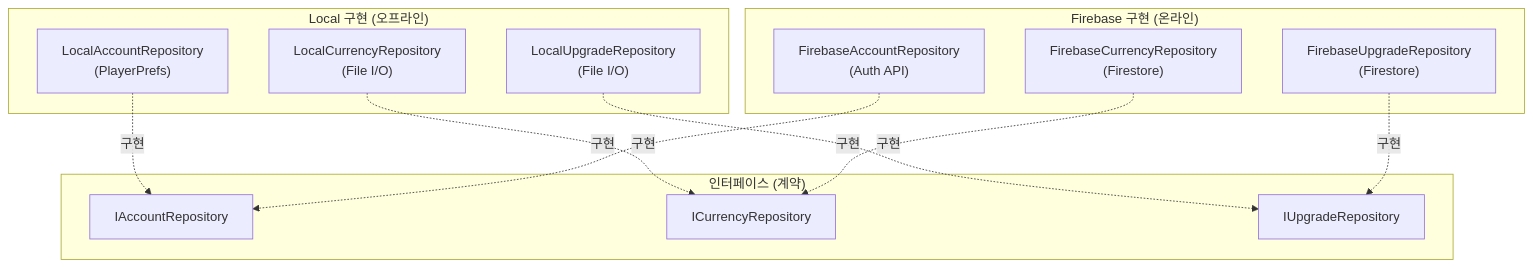
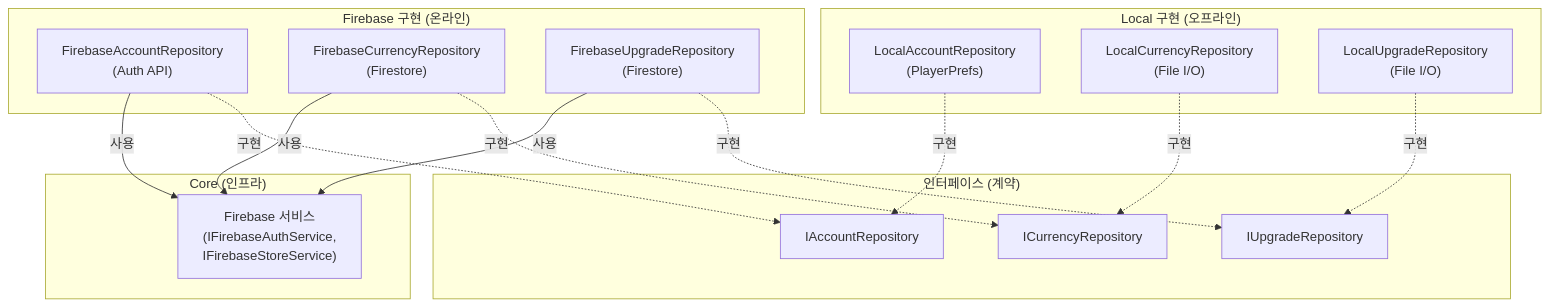
One commit to ctmanjak/tree_clicker_3d changed the second of 6 diagrams in Docs/architecture/README-simple.md. Above: the diagram before and after it, drawn with Mermaid. The commit also changed other lines of this file and 40 other files, not shown here.

````diff
--- a/Docs/architecture/README-simple.md
+++ b/Docs/architecture/README-simple.md
@@ -86,28 +114,36 @@
 ```mermaid
 graph TB
     subgraph "인터페이스 (계약)"
         IAccountRepo["IAccountRepository"]
         ICurrencyRepo["ICurrencyRepository"]
         IUpgradeRepo["IUpgradeRepository"]
     end
 
     subgraph "Local 구현 (오프라인)"
         LocalAccount["LocalAccountRepository\n(PlayerPrefs)"]
         LocalCurrency["LocalCurrencyRepository\n(File I/O)"]
         LocalUpgrade["LocalUpgradeRepository\n(File I/O)"]
     end
 
     subgraph "Firebase 구현 (온라인)"
         FBAccount["FirebaseAccountRepository\n(Auth API)"]
         FBCurrency["FirebaseCurrencyRepository\n(Firestore)"]
         FBUpgrade["FirebaseUpgradeRepository\n(Firestore)"]
     end
 
     LocalAccount -.->|"구현"| IAccountRepo
     LocalCurrency -.->|"구현"| ICurrencyRepo
     LocalUpgrade -.->|"구현"| IUpgradeRepo
 
     FBAccount -.->|"구현"| IAccountRepo
     FBCurrency -.->|"구현"| ICurrencyRepo
     FBUpgrade -.->|"구현"| IUpgradeRepo
+
+    subgraph "Core (인프라)"
+        CoreFirebase["Firebase 서비스\n(IFirebaseAuthService,\nIFirebaseStoreService)"]
+    end
+
+    FBAccount -->|"사용"| CoreFirebase
+    FBCurrency -->|"사용"| CoreFirebase
+    FBUpgrade -->|"사용"| CoreFirebase
 ```
````
